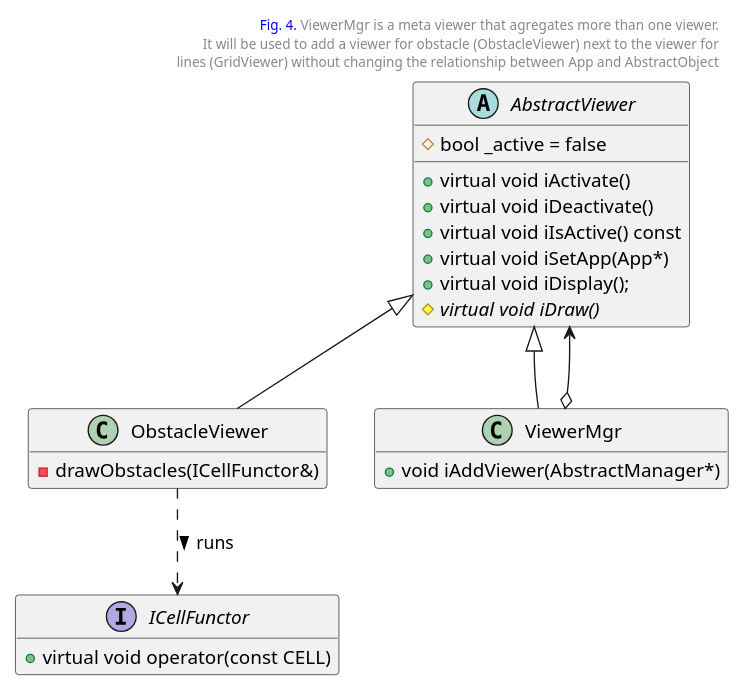
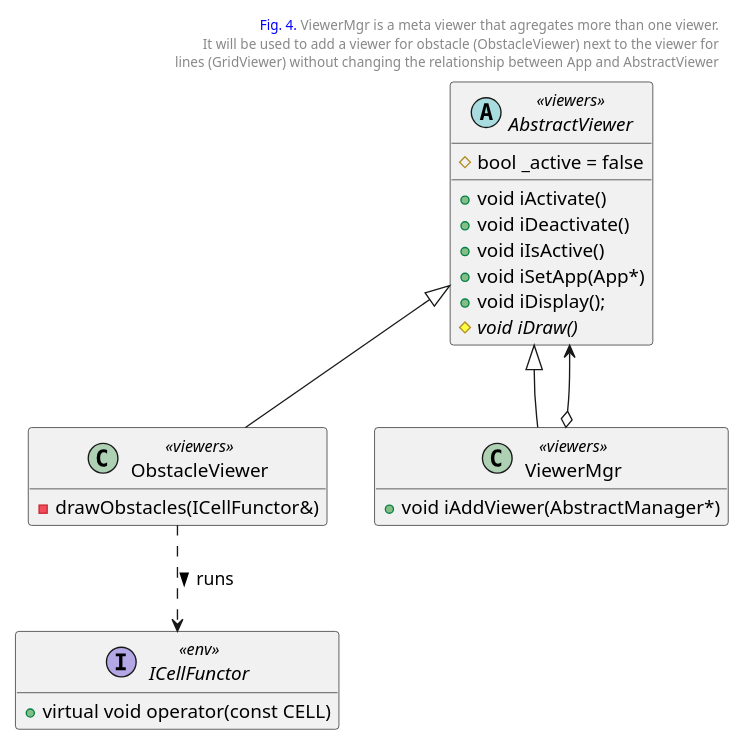
Before and after one commit to kanmeugne/kanmeugne.github.io: the fourth of 4 diagrams in _posts/modsim/2020-10-04-2d-grid-obstacles.md, drawn with PlantUML. The commit also changed other lines of this file and 3 other files, not shown here.

```diff
--- a/_posts/modsim/2020-10-04-2d-grid-obstacles.md
+++ b/_posts/modsim/2020-10-04-2d-grid-obstacles.md
@@ -252,32 +334,32 @@
 {% plantuml %}
 @startuml
 header
 <font color=blue>Fig. 4.</font> ViewerMgr is a meta viewer that agregates more than one viewer.
 It will be used to add a viewer for obstacle (ObstacleViewer) next to the viewer for
-lines (GridViewer) without changing the relationship between App and AbstractObject
+lines (GridViewer) without changing the relationship between App and AbstractViewer
 end header
 scale 0.9
-interface ICellFunctor {
+interface ICellFunctor <<env>> {
     + virtual void operator(const CELL)
 }
-abstract class AbstractViewer {
-    + virtual void iActivate()
-    + virtual void iDeactivate()
-    + virtual void iIsActive() const
-    + virtual void iSetApp(App*)
-    + virtual void iDisplay();
-    # {abstract} virtual void iDraw()
+abstract class AbstractViewer <<viewers>> {
+    + void iActivate()
+    + void iDeactivate()
+    + void iIsActive()
+    + void iSetApp(App*)
+    + void iDisplay();
+    # {abstract} void iDraw()
     # bool _active = false
 }
-class ObstacleViewer extends AbstractViewer {
+class ObstacleViewer <<viewers>> extends AbstractViewer {
     - drawObstacles(ICellFunctor&)
 }
-class ViewerMgr extends AbstractViewer {
+class ViewerMgr <<viewers>> extends AbstractViewer {
     + void iAddViewer(AbstractManager*)
 }
 ViewerMgr o--> AbstractViewer
 ObstacleViewer ..> ICellFunctor : runs >
 hide ObstacleViewer field
 hide ICellFunctor field
 hide ViewerMgr field
 {% endplantuml %}
```
